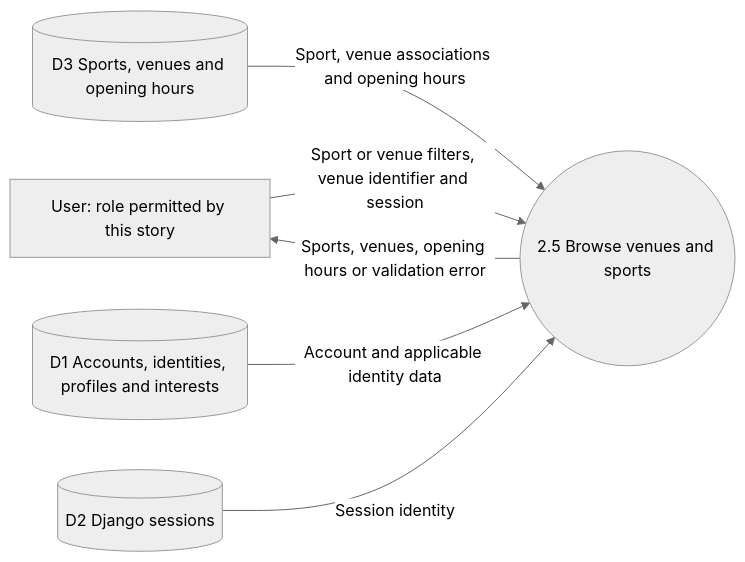
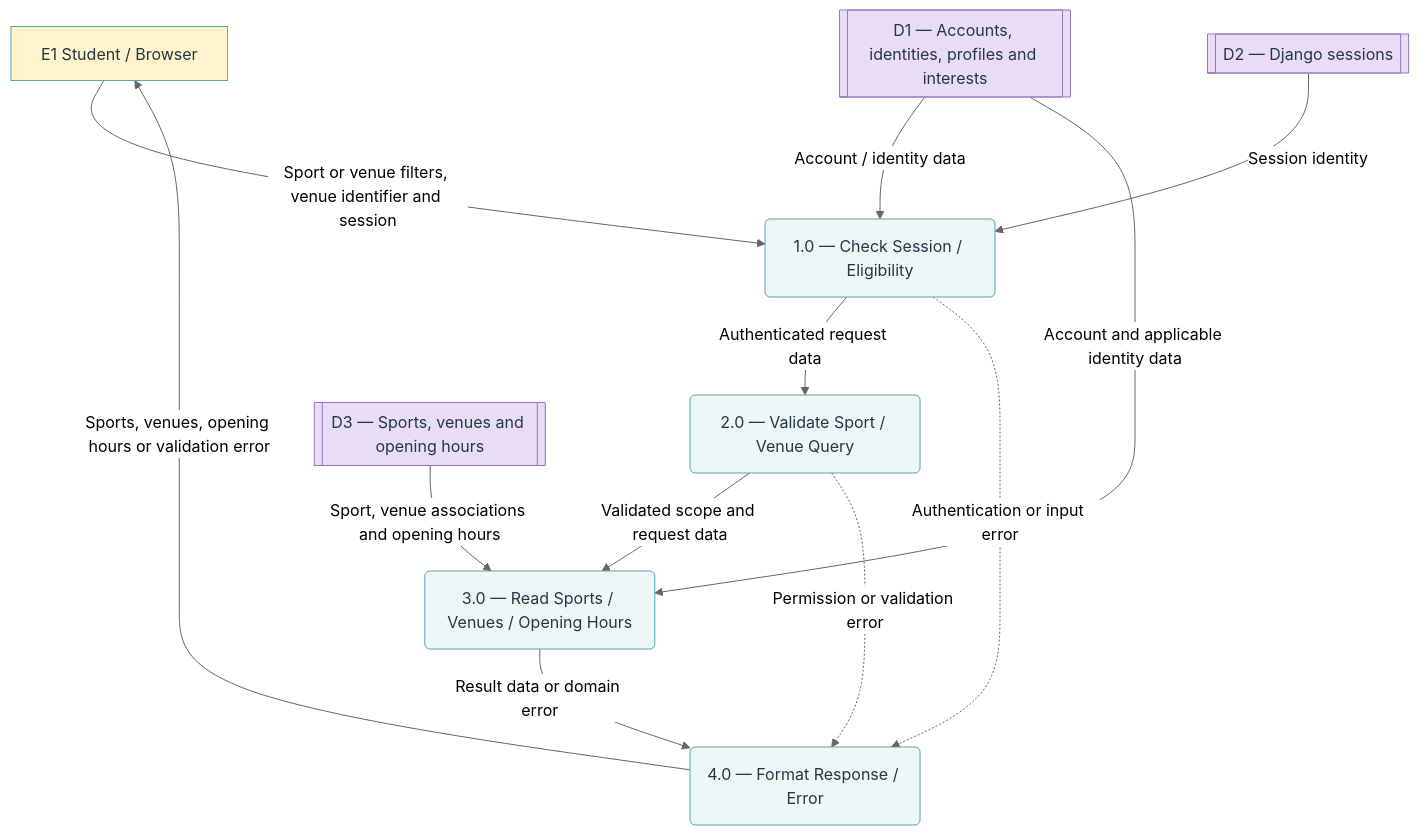
One commit to GearJP2/cs261-group2-100001 changed the second of 2 diagrams in docs/diagrams/data-flow/us9/README.md. Above: the diagram before and after it, drawn with Mermaid (neutral theme). The commit also changed other lines of this file and 40 other files, not shown here.

````diff
--- a/docs/diagrams/data-flow/us9/README.md
+++ b/docs/diagrams/data-flow/us9/README.md
@@ -7,13 +26,25 @@
 ```mermaid
-flowchart LR
-    U["User: role permitted by this story"]
-    P(("2.5 Browse venues and sports"))
-    D1[("D1 Accounts, identities, profiles and interests")]
-    D2[("D2 Django sessions")]
-    D3[("D3 Sports, venues and opening hours")]
-    U -->|"Sport or venue filters, venue identifier and session"| P
-    P -->|"Sports, venues, opening hours or validation error"| U
-    D3 -->|"Sport, venue associations and opening hours"| P
-    D1 -->|"Account and applicable identity data"| P
-    D2 -->|"Session identity"| P
+flowchart TB
+    E["E1 Student / Browser"]:::entity
+    P1("1.0 — Check Session / Eligibility"):::process
+    P2("2.0 — Validate Sport / Venue Query"):::process
+    P3("3.0 — Read Sports / Venues / Opening Hours"):::process
+    P4("4.0 — Format Response / Error"):::process
+    E -->|"Sport or venue filters, venue identifier and session"| P1
+    P1 -->|"Authenticated request data"| P2
+    P2 -->|"Validated scope and request data"| P3
+    P3 -->|"Result data or domain error"| P4
+    P4 -->|"Sports, venues, opening hours or validation error"| E
+    P1 -.->|"Authentication or input error"| P4
+    P2 -.->|"Permission or validation error"| P4
+    D1[["D1 — Accounts, identities, profiles and interests"]]:::store
+    D2[["D2 — Django sessions"]]:::store
+    D3[["D3 — Sports, venues and opening hours"]]:::store
+    D3 -->|"Sport, venue associations and opening hours"| P3
+    D1 -->|"Account / identity data"| P1
+    D1 -->|"Account and applicable identity data"| P3
+    D2 -->|"Session identity"| P1
+    classDef entity fill:#fff4cc,stroke:#55a5b1,color:#243746
+    classDef process fill:#eef7f8,stroke:#55a5b1,color:#243746
+    classDef store fill:#e8ddf5,stroke:#9475bc,color:#243746
 ```
````
